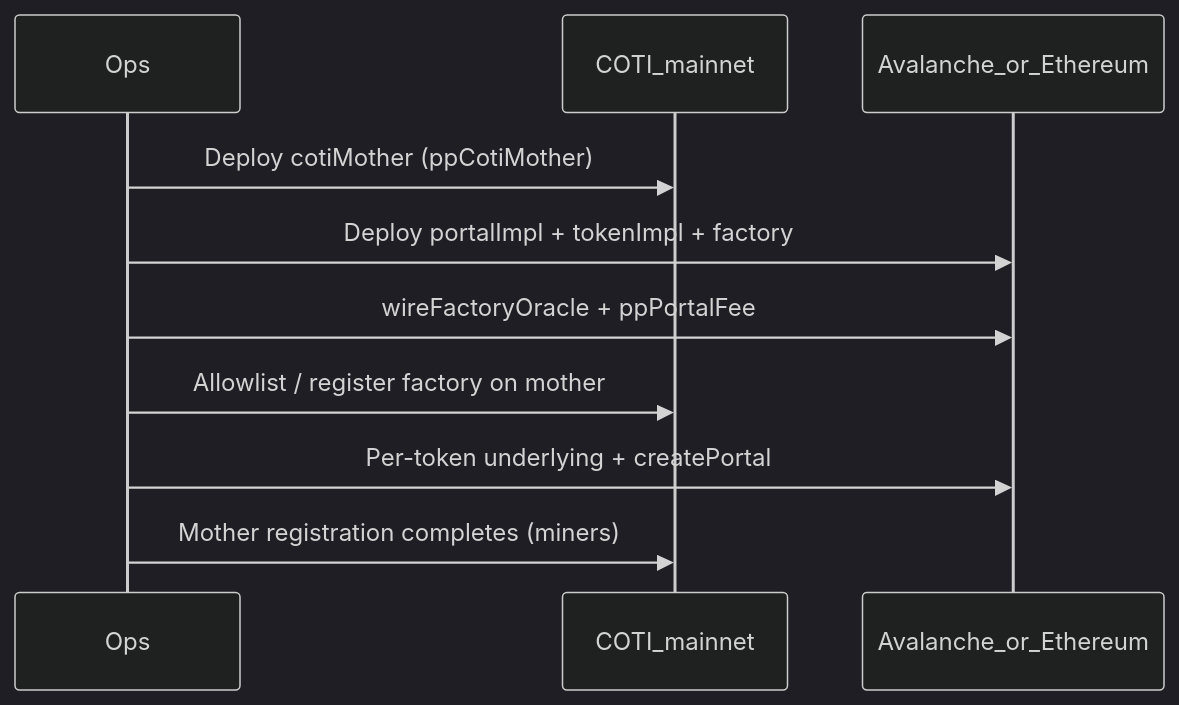
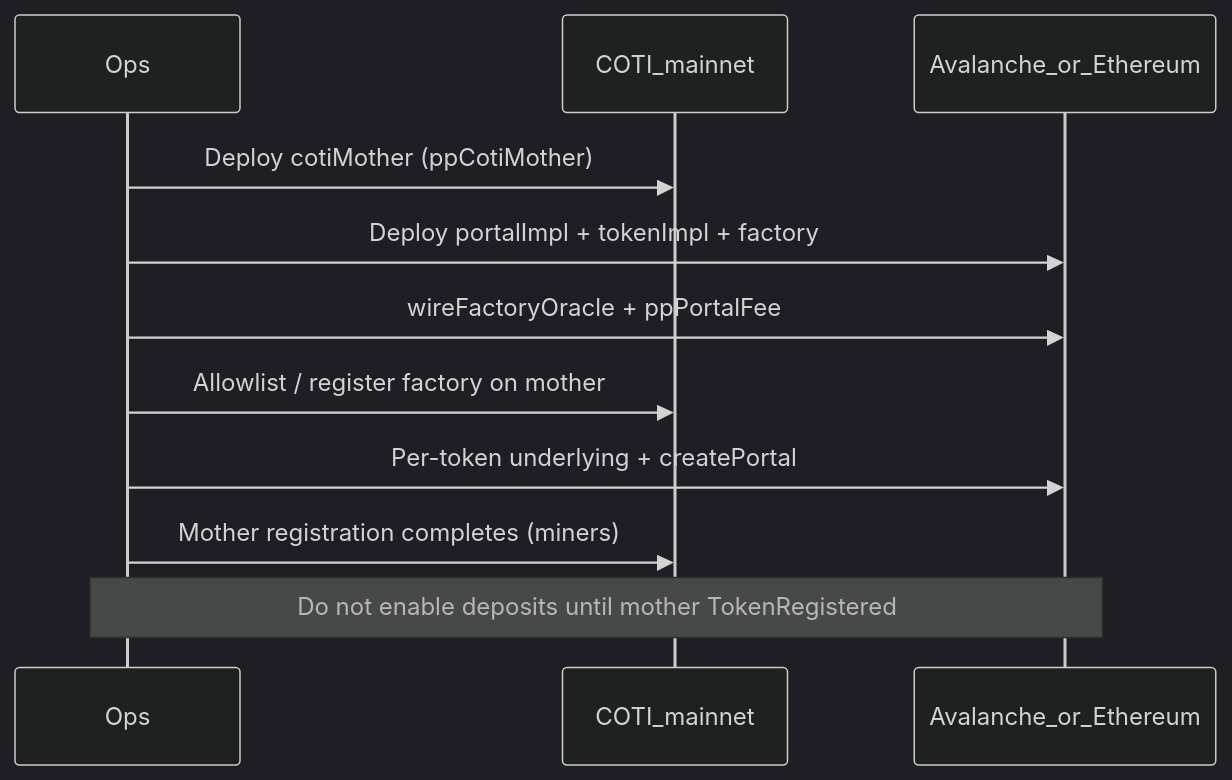
Before and after one commit to coti-io/pod-ecosystem-integration: the diagram in docs/mainnet/02-privacy-portal-launch.md, drawn with Mermaid (dark theme). The commit also changed other lines of this file and 3 other files, not shown here.

````diff
--- a/docs/mainnet/02-privacy-portal-launch.md
+++ b/docs/mainnet/02-privacy-portal-launch.md
@@ -10,12 +10,13 @@
 ```mermaid
 sequenceDiagram
   participant Ops
   participant COTI as COTI_mainnet
   participant SRC as Avalanche_or_Ethereum
   Ops->>COTI: Deploy cotiMother (ppCotiMother)
   Ops->>SRC: Deploy portalImpl + tokenImpl + factory
   Ops->>SRC: wireFactoryOracle + ppPortalFee
   Ops->>COTI: Allowlist / register factory on mother
   Ops->>SRC: Per-token underlying + createPortal
   Ops->>COTI: Mother registration completes (miners)
+  Note over Ops,SRC: Do not enable deposits until mother TokenRegistered
 ```
````
